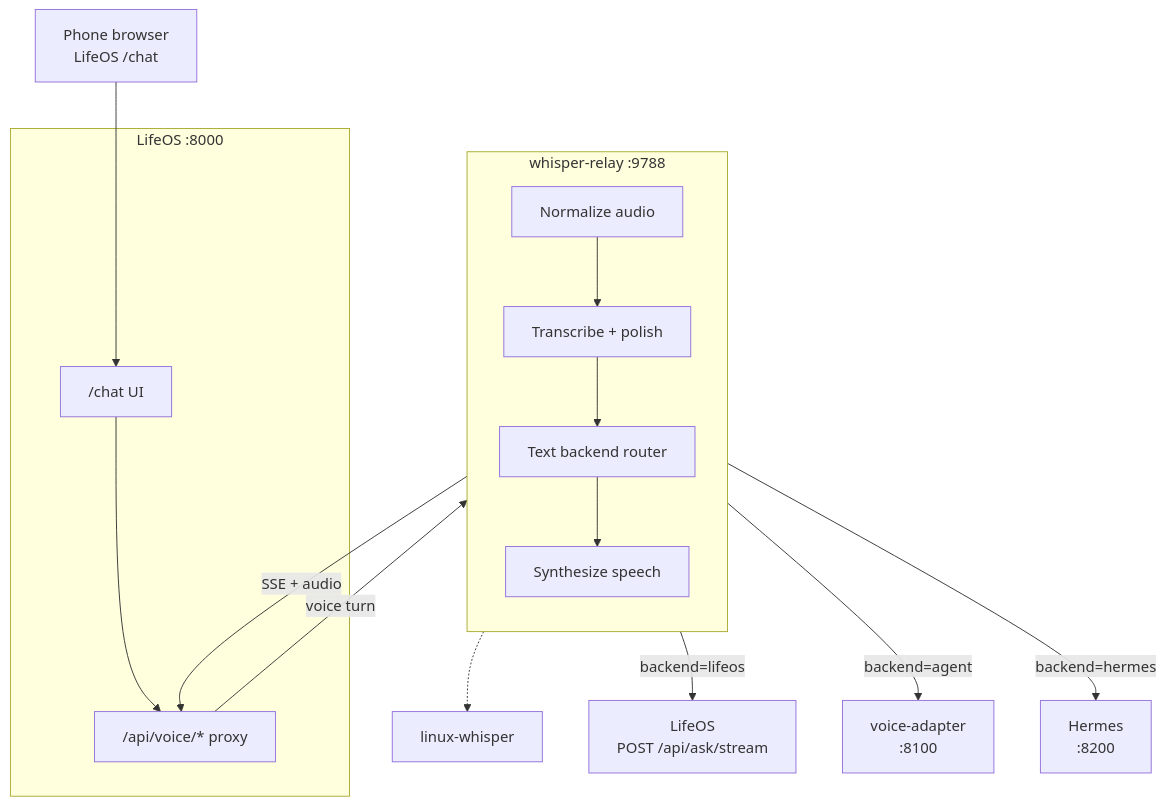
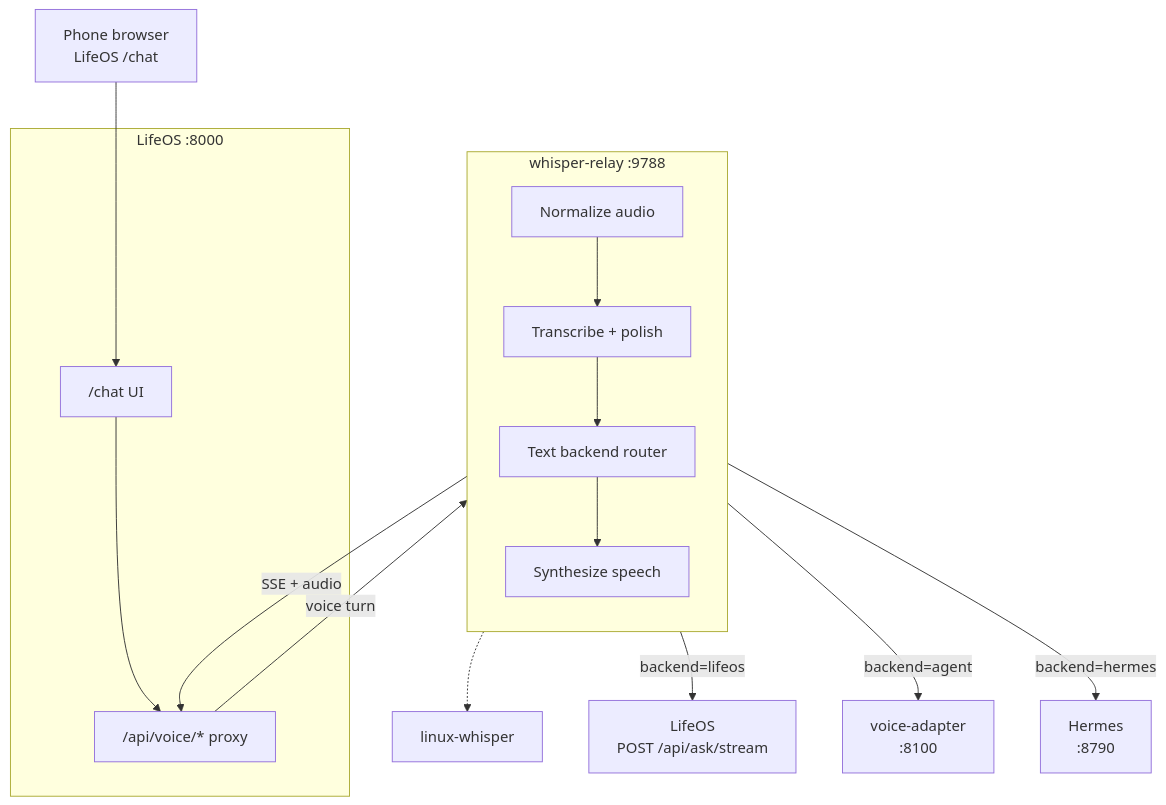
One commit to nbramia/whisper-relay changed the diagram in README.md. Above: the diagram before and after it, drawn with Mermaid. The commit also changed other lines of this file and 6 other files, not shown here.

````diff
--- a/README.md
+++ b/README.md
@@ -20,32 +20,32 @@
 ```mermaid
 flowchart TB
   phone["Phone browser<br/>LifeOS /chat"]
 
   subgraph lifeos["LifeOS :8000"]
     chat["/chat UI"]
     proxy["/api/voice/* proxy"]
     chat --> proxy
   end
 
   subgraph relay["whisper-relay :9788"]
     direction TB
     norm["Normalize audio"]
     stt["Transcribe + polish"]
     router["Text backend router"]
     tts["Synthesize speech"]
     norm --> stt --> router --> tts
   end
 
   lw["linux-whisper"]
   orch["LifeOS<br/>POST /api/ask/stream"]
   agent["voice-adapter<br/>:8100"]
-  hermes["Hermes<br/>:8200"]
+  hermes["Hermes<br/>:8790"]
 
   phone --> chat
   proxy -->|"voice turn"| norm
   tts -->|"SSE + audio"| proxy
   stt -.-> lw
   router -->|"backend=lifeos"| orch
   router -->|"backend=agent"| agent
   router -->|"backend=hermes"| hermes
 ```
````
